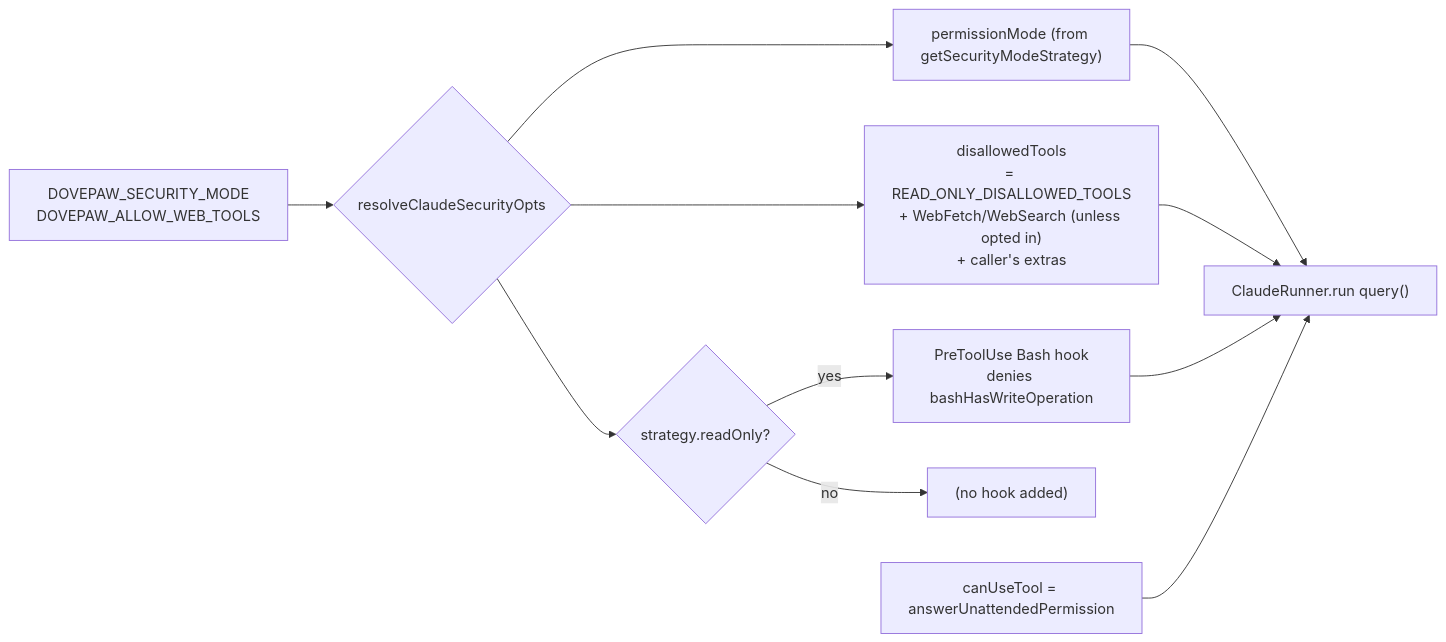
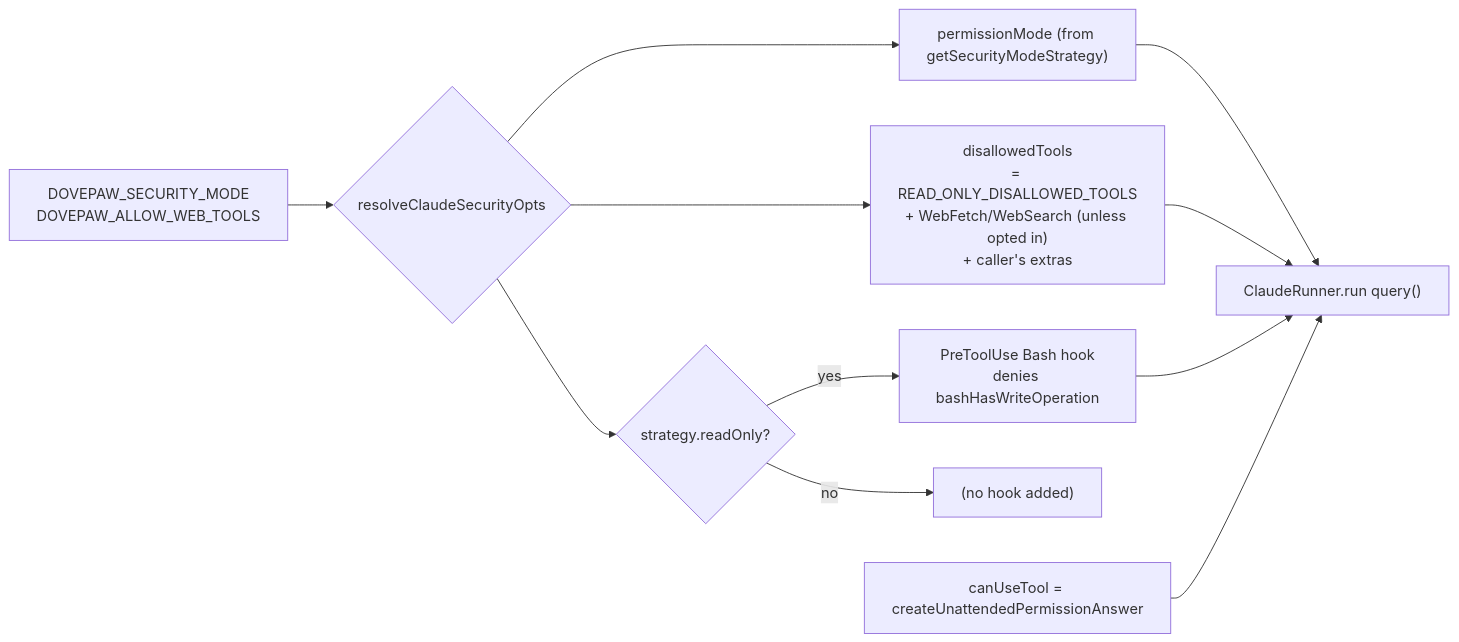
The seventh of 7 diagrams in docs/specs/02-security-guardrails.md (PixelPaw-Labs/DovePaw), drawn with Mermaid before and after one commit. The commit also changed other lines of this file and 3 other files, not shown here.

````diff
--- a/docs/specs/02-security-guardrails.md
+++ b/docs/specs/02-security-guardrails.md
@@ -167,12 +167,12 @@
 ```mermaid
 flowchart LR
   env["DOVEPAW_SECURITY_MODE<br/>DOVEPAW_ALLOW_WEB_TOOLS"]
   env --> rs{"resolveClaudeSecurityOpts"}
   rs --> pm["permissionMode (from getSecurityModeStrategy)"]
   rs --> dt["disallowedTools<br/>= READ_ONLY_DISALLOWED_TOOLS<br/>+ WebFetch/WebSearch (unless opted in)<br/>+ caller's extras"]
   rs --> hk{"strategy.readOnly?"}
   hk -- yes --> bh["PreToolUse Bash hook<br/>denies bashHasWriteOperation"]
   hk -- no --> none["(no hook added)"]
-  cut["canUseTool = answerUnattendedPermission"]
+  cut["canUseTool = createUnattendedPermissionAnswer"]
   pm & dt & bh & cut --> claude["ClaudeRunner.run query()"]
 ```
````
